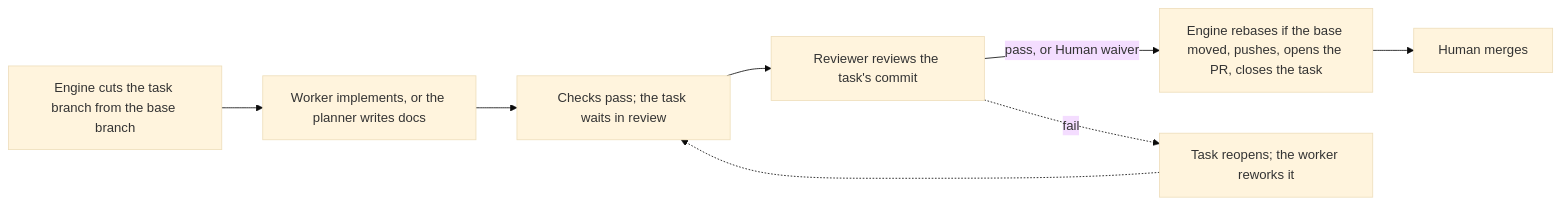
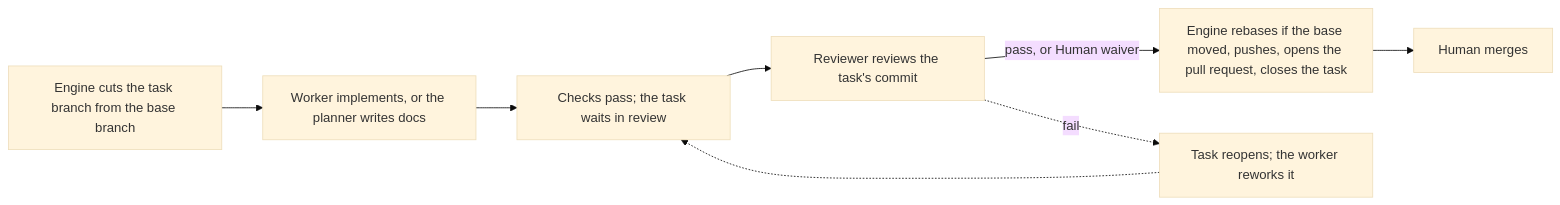
Before and after one commit to trustmybot/tmb: diagram 17 of 24 in docs/flows/FLOWS.md, drawn with Mermaid (base theme). The commit also changed other lines of this file and 14 other files, not shown here.

Commit message:
📝 docs: flows, adapters, engine, roles and release pages follow the template; several-hosts design removed

````diff
--- a/docs/flows/FLOWS.md
+++ b/docs/flows/FLOWS.md
@@ -240,10 +269,10 @@
 ```mermaid
 flowchart LR
     A["Engine cuts the task branch from the base branch"] --> B["Worker implements, or the planner writes docs"]
     B --> C["Checks pass; the task waits in review"]
     C --> D["Reviewer reviews the task's commit"]
-    D -- "pass, or Human waiver" --> E["Engine rebases if the base moved, pushes, opens the PR, closes the task"]
+    D -- "pass, or Human waiver" --> E["Engine rebases if the base moved, pushes, opens the pull request, closes the task"]
     E --> F["Human merges"]
     D -. fail .-> G["Task reopens; the worker reworks it"]
     G -.-> C
 ```
````
